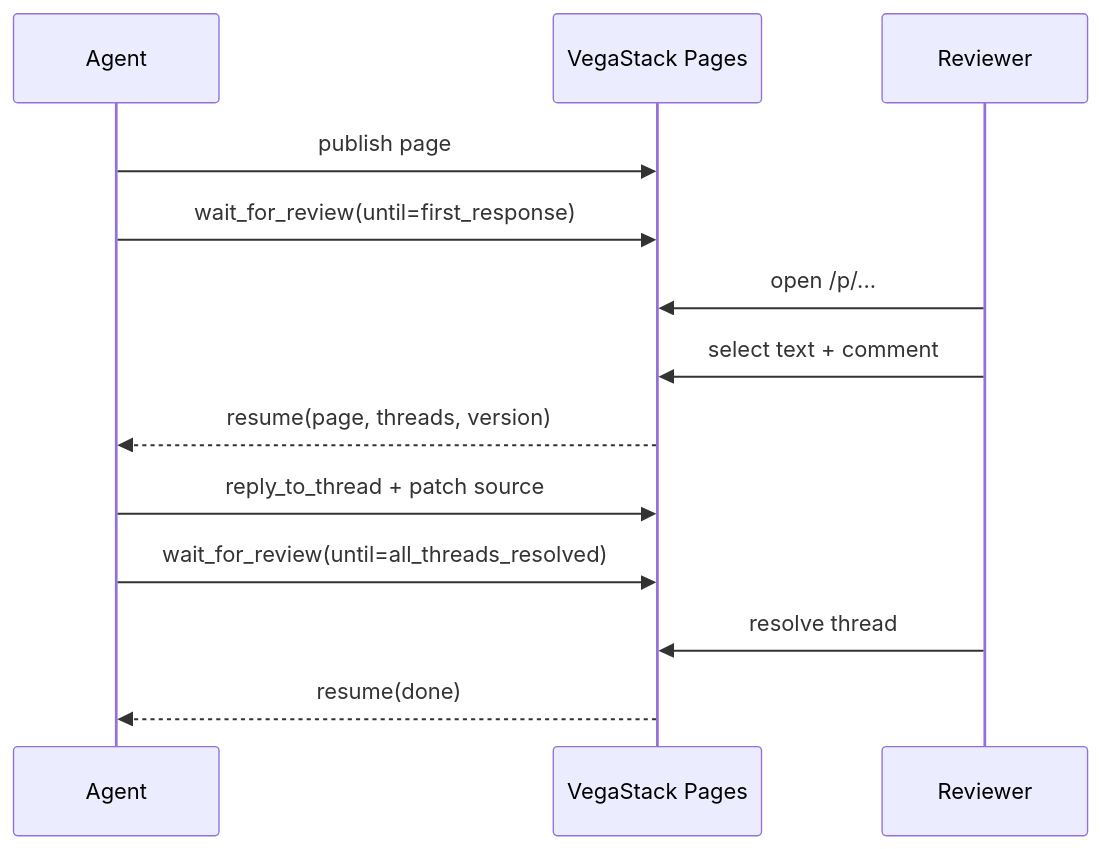
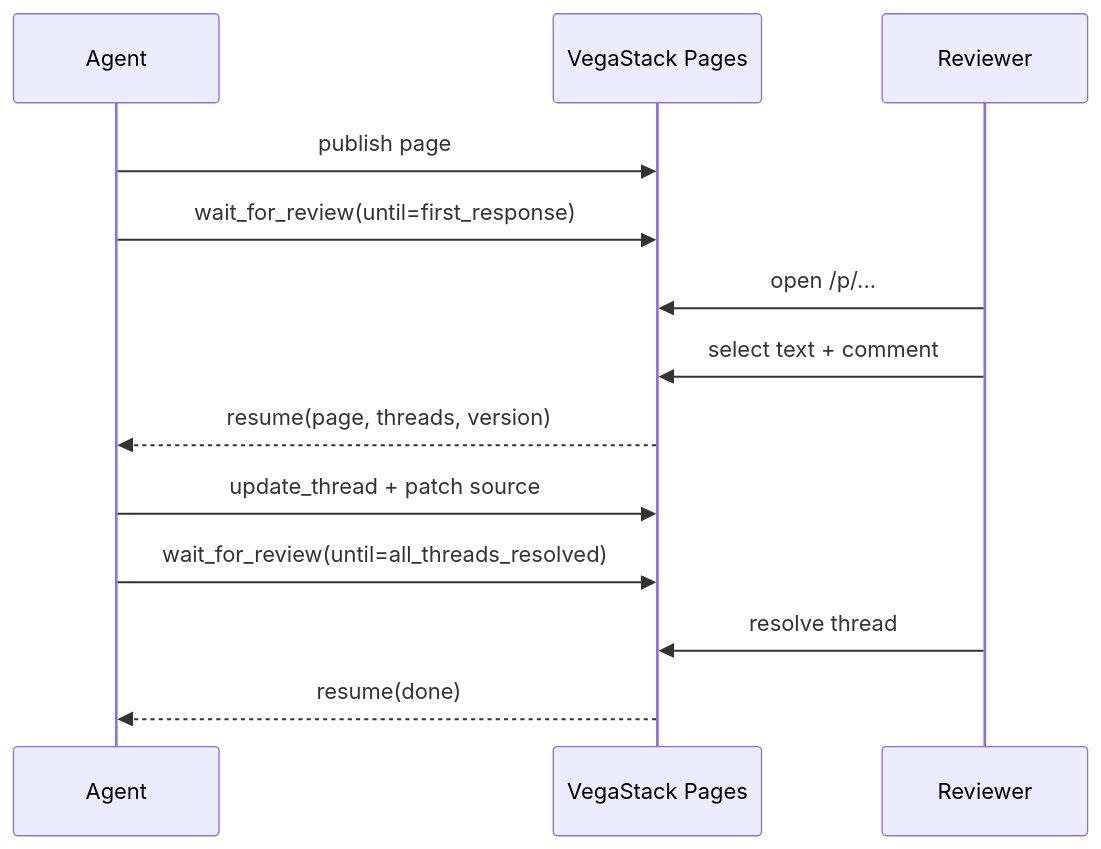
Before and after one commit to vegastack/vegastack-pages: the diagram in apps/web/src/content/docs/wait-conditions.md, drawn with Mermaid. The commit also changed 110 other files, not shown here.

````diff
--- a/apps/web/src/content/docs/wait-conditions.md
+++ b/apps/web/src/content/docs/wait-conditions.md
@@ -41,15 +41,15 @@
 ```mermaid
 sequenceDiagram
   participant A as Agent
   participant V as VegaStack Pages
   participant R as Reviewer
   A->>V: publish page
   A->>V: wait_for_review(until=first_response)
   R->>V: open /p/...
   R->>V: select text + comment
   V-->>A: resume(page, threads, version)
-  A->>V: reply_to_thread + patch source
+  A->>V: update_thread + patch source
   A->>V: wait_for_review(until=all_threads_resolved)
   R->>V: resolve thread
   V-->>A: resume(done)
 ```
````
